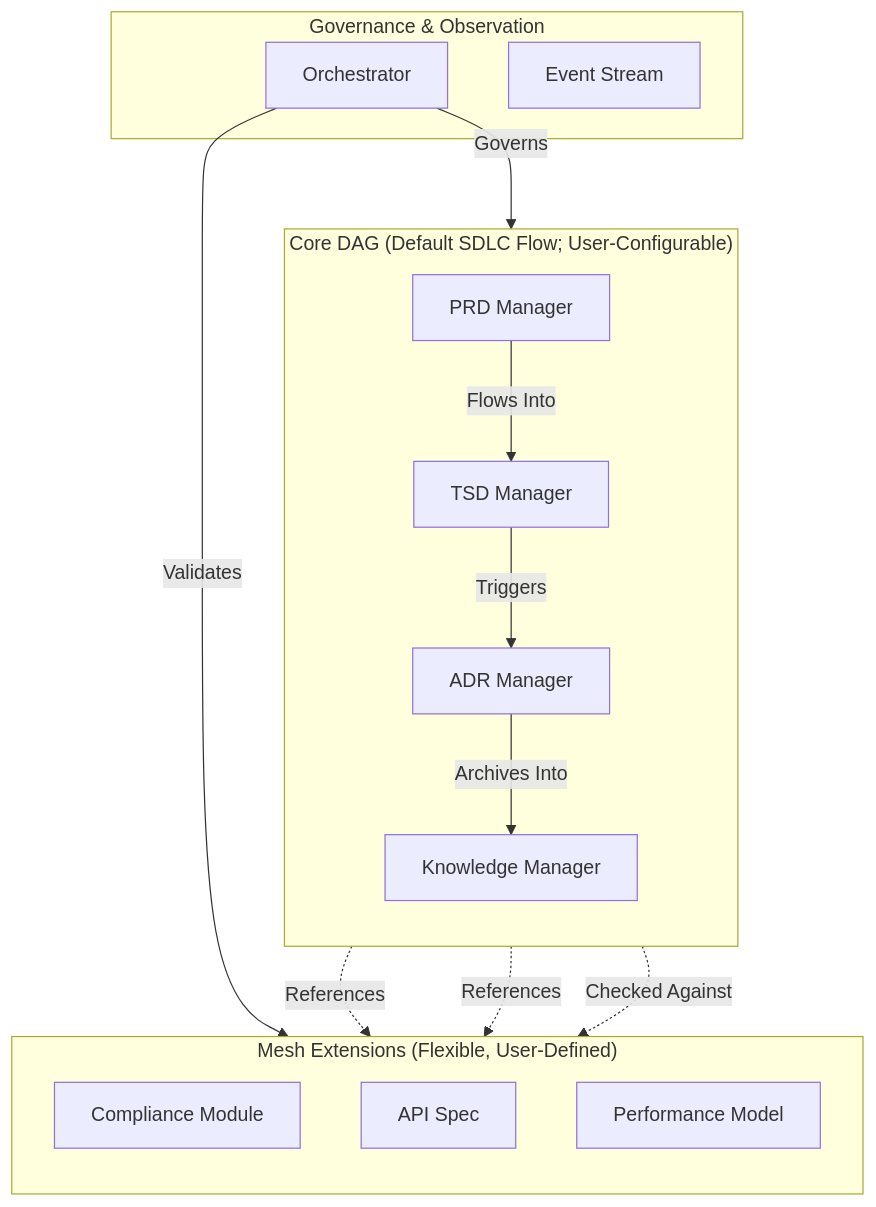
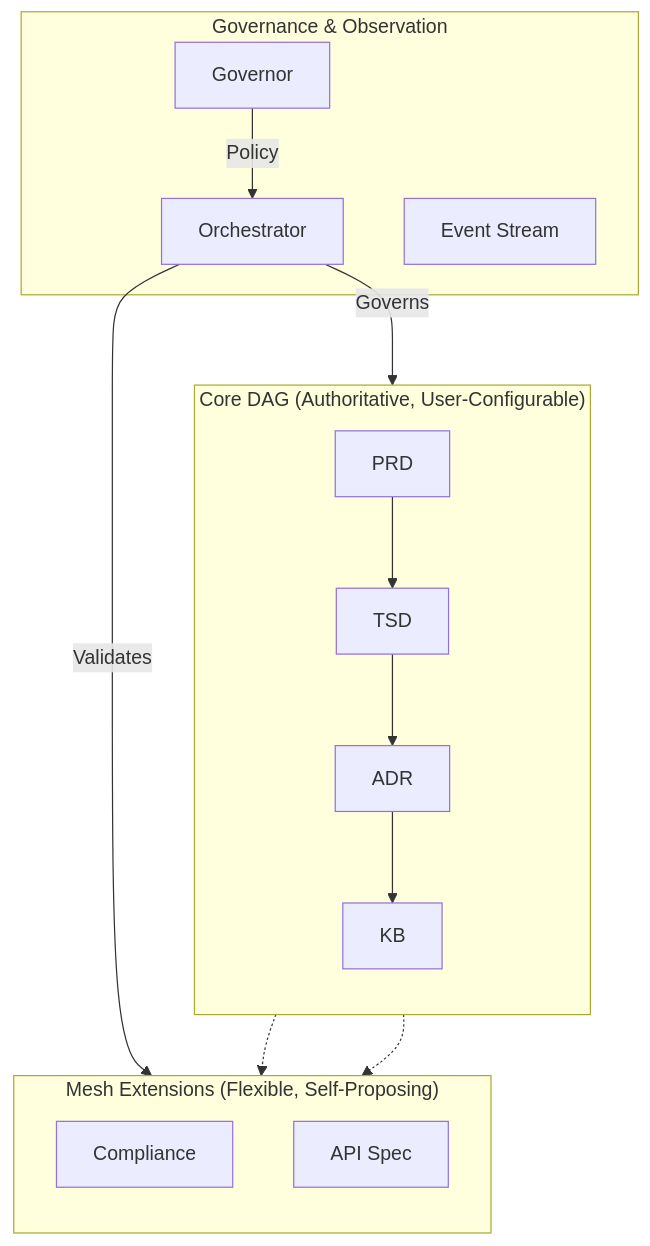
One commit to yumin-chen/sdlc-ide changed the diagram in docs/architecture/design/adr-001-hybrid-dag-mesh-ext.md. Above: the diagram before and after it, drawn with Mermaid. The commit also changed other lines of this file and 1 other file, not shown here.

First line of the commit message:
docs: Finalize definitive ADR-001 for Hybrid Graph Architecture

````diff
--- a/docs/architecture/design/adr-001-hybrid-dag-mesh-ext.md
+++ b/docs/architecture/design/adr-001-hybrid-dag-mesh-ext.md
@@ -32,20 +25,19 @@
 ```mermaid
 graph TD
-    subgraph CoreDAG ["Core DAG (Default SDLC Flow; User-Configurable)"]
+    subgraph CoreDAG ["Core DAG (Authoritative, User-Configurable)"]
         direction TB
-        PRD[PRD Manager] -->|Flows Into| TSD[TSD Manager]
-        TSD -->|Triggers| ADR[ADR Manager]
-        ADR -->|Archives Into| KB[Knowledge Manager]
+        PRD --> TSD --> ADR --> KB
     end
-    subgraph Mesh ["Mesh Extensions (Flexible, User‑Defined)"]
+    subgraph Mesh ["Mesh Extensions (Flexible, Self-Proposing)"]
         direction TB
-        Comp[Compliance Module] & API[API Spec] & Perf[Performance Model]
+        Comp[Compliance] & API[API Spec]
     end
     subgraph Gov ["Governance & Observation"]
-        Orch[Orchestrator] & Events[Event Stream]
+        Orch[Orchestrator] & Govr[Governor] & Events[Event Stream]
     end
-    TSD -.->|References| API & Perf
-    PRD -.->|Checked Against| Comp
+    TSD -.-> API
+    PRD -.-> Comp
     Orch -- Governs --> CoreDAG
     Orch -- Validates --> Mesh
+    Govr -- Policy --> Orch
 ```
````
